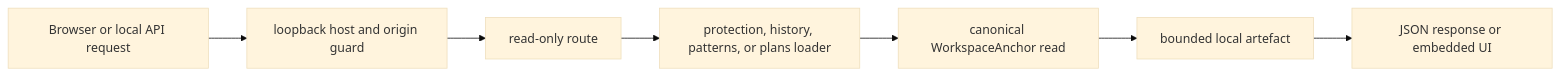
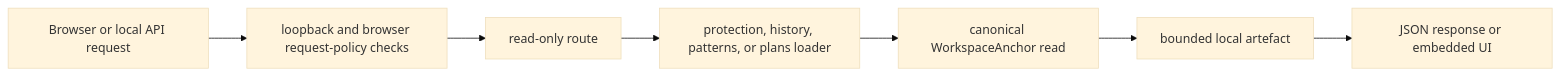
One commit to eddacraft/eddacraft-tui changed the diagram in crates/anvil-dashboard-server/ARCHITECTURE.md. Above: the diagram before and after it, drawn with Mermaid (base theme). The commit also changed other lines of this file and 7 other files, not shown here.

First line of the commit message:
docs(architecture): repair component pilot claims

````diff
--- a/crates/anvil-dashboard-server/ARCHITECTURE.md
+++ b/crates/anvil-dashboard-server/ARCHITECTURE.md
@@ -29,9 +30,9 @@
 ```mermaid
 flowchart LR
-    Request[Browser or local API request] --> Guard[loopback host and origin guard]
+    Request[Browser or local API request] --> Guard[loopback and browser request-policy checks]
     Guard --> Route[read-only route]
     Route --> Capability[protection, history, patterns, or plans loader]
     Capability --> Workspace[canonical WorkspaceAnchor read]
     Workspace --> Artefact[bounded local artefact]
     Artefact --> Response[JSON response or embedded UI]
 ```
````
